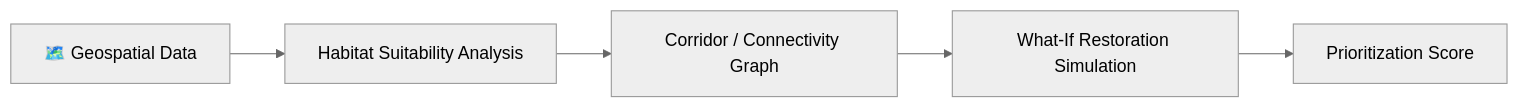
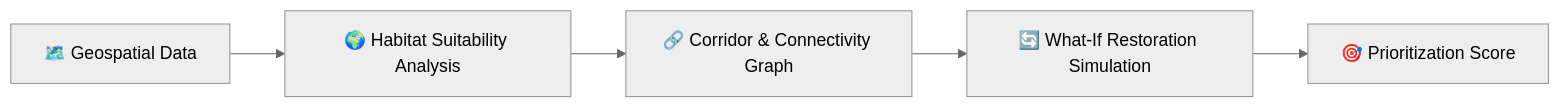
The first of 2 diagrams in README.md (xyresiiic/xyresiiic), drawn with Mermaid (neutral theme) before and after one commit.

````diff
--- a/README.md
+++ b/README.md
@@ -84,7 +84,7 @@
 ```mermaid
 flowchart LR
-    A["🗺️ Geospatial Data"] --> B["Habitat Suitability Analysis"]
-    B --> C["Corridor / Connectivity Graph"]
-    C --> D["What-If Restoration Simulation"]
-    D --> E["Prioritization Score"]
+    A["🗺️ Geospatial Data"] --> B["🌍 Habitat Suitability Analysis"]
+    B --> C["🔗 Corridor & Connectivity Graph"]
+    C --> D["🔄 What-If Restoration Simulation"]
+    D --> E["🎯 Prioritization Score"]
 ```
````
